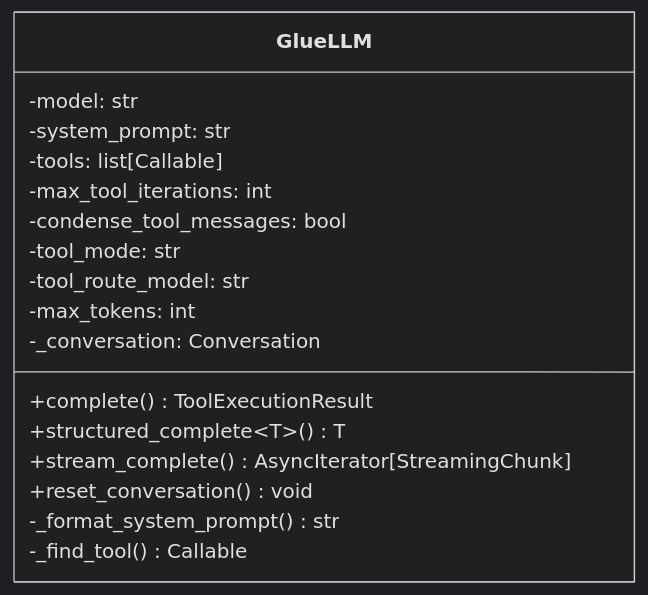
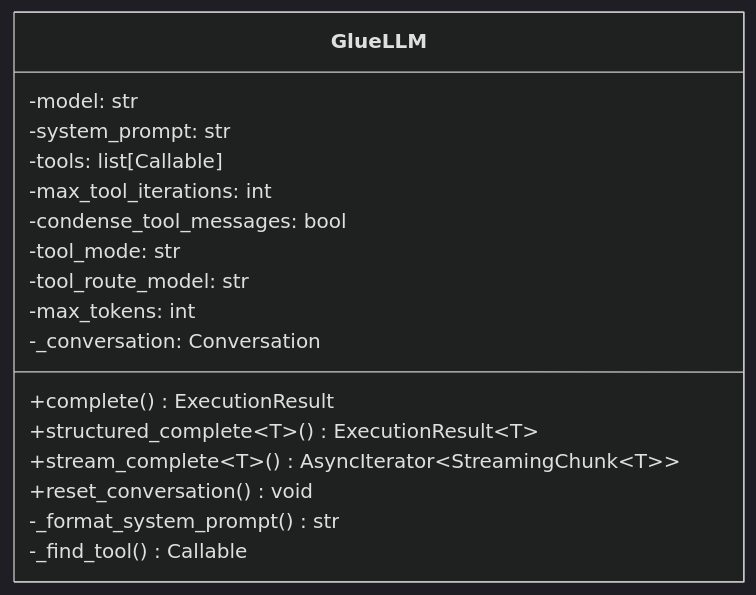
One commit to Bioto/glue-llm changed the second of 12 diagrams in docs/ARCHITECTURE.md. Above: the diagram before and after it, drawn with Mermaid (dark theme). The commit also changed other lines of this file and 15 other files, not shown here.

````diff
--- a/docs/ARCHITECTURE.md
+++ b/docs/ARCHITECTURE.md
@@ -73,20 +73,20 @@
 ```mermaid
 classDiagram
     class GlueLLM {
         -model: str
         -system_prompt: str
         -tools: list[Callable]
         -max_tool_iterations: int
         -condense_tool_messages: bool
         -tool_mode: str
         -tool_route_model: str
         -max_tokens: int
         -_conversation: Conversation
-        +complete() ToolExecutionResult
-        +structured_complete~T~() T
-        +stream_complete() AsyncIterator[StreamingChunk]
+        +complete() ExecutionResult
+        +structured_complete~T~() ExecutionResult~T~
+        +stream_complete~T~() AsyncIterator~StreamingChunk~T~~
         +reset_conversation() void
         -_format_system_prompt() str
         -_find_tool() Callable
     }
 ```
````
